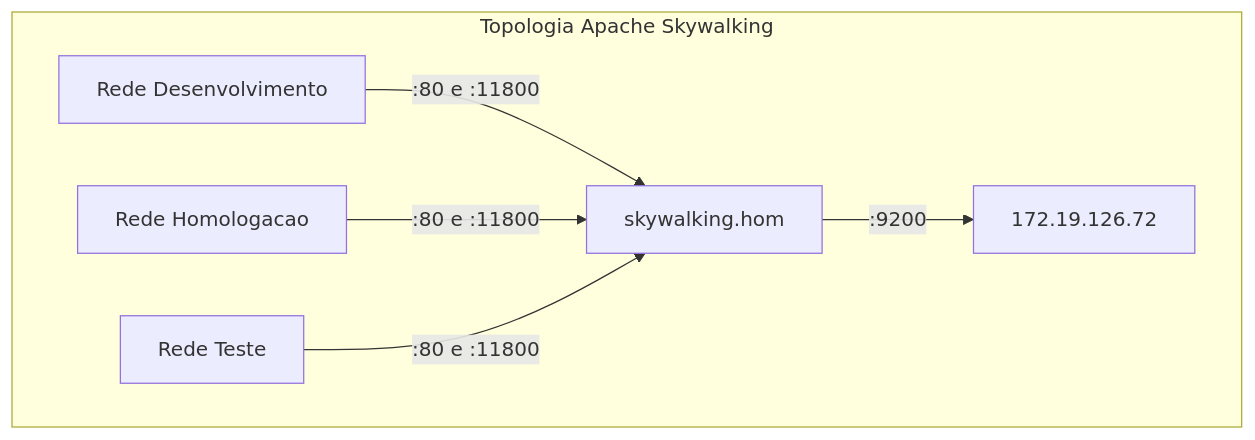
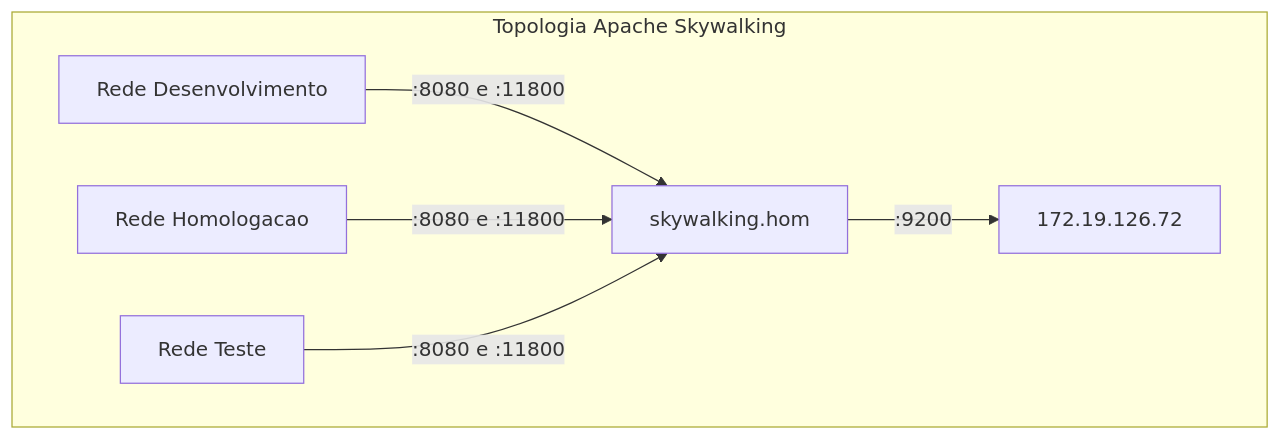
The first of 3 diagrams in arquitetura/microsservices.md (CAPES/guia), drawn with Mermaid before and after one commit. The commit also changed other lines of this file and 31 other files, not shown here.

````diff
--- a/arquitetura/microsservices.md
+++ b/arquitetura/microsservices.md
@@ -241,9 +243,9 @@
 ```mermaid
 graph TB
 subgraph "Topologia Apache Skywalking"
-  dnet[Rede Desenvolvimento] -- :80 e :11800 --> sky[skywalking.hom]
-  hnet[Rede Homologacao] -- :80 e :11800 --> sky[skywalking.hom]
-  tnet[Rede Teste] -- :80 e :11800 --> sky[skywalking.hom]
+  dnet[Rede Desenvolvimento] -- :8080 e :11800 --> sky[skywalking.hom]
+  hnet[Rede Homologacao] -- :8080 e :11800 --> sky[skywalking.hom]
+  tnet[Rede Teste] -- :8080 e :11800 --> sky[skywalking.hom]
   sky[skywalking.hom] -- :9200 --> es[172.19.126.72]
 end
 ```
````
